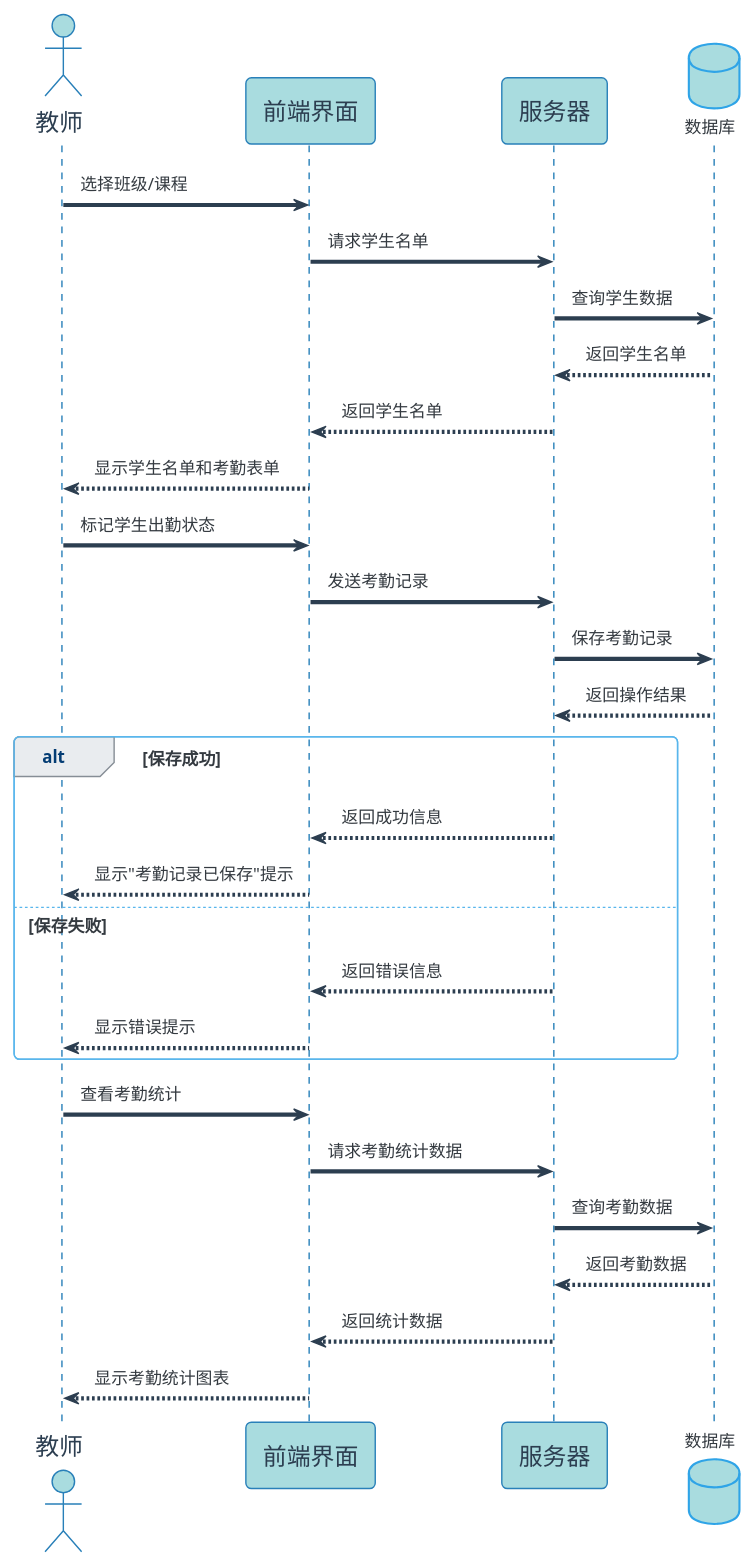
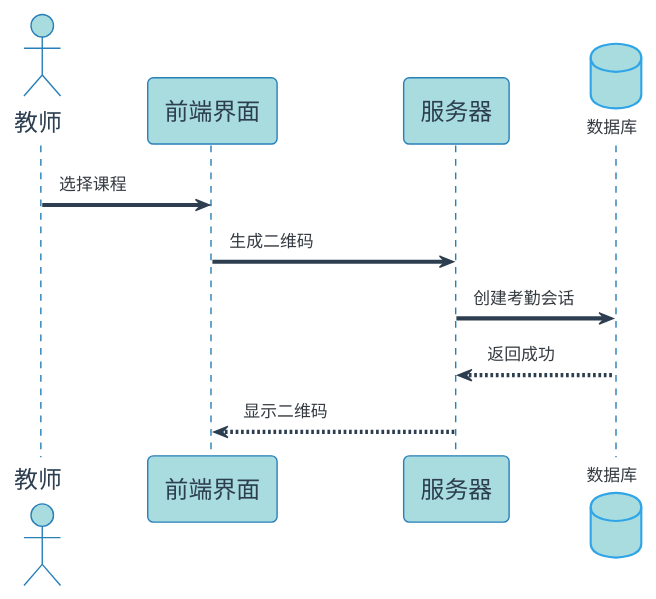
One commit to ybwlz/-git- changed the diagram in 顺序图文件/教师考勤记录.puml. Above: the diagram before and after it, drawn with PlantUML. The commit also changed 6 other files, not shown here.

```diff
--- a/顺序图文件/教师考勤记录.puml
+++ b/顺序图文件/教师考勤记录.puml
@@ -1,54 +1,33 @@
 @startuml
 !theme cerulean
 skinparam backgroundColor #FFFFFF
 skinparam sequence {
     ArrowColor #2C3E50
     ActorBorderColor #2980B9
     LifeLineBorderColor #2980B9
     LifeLineBackgroundColor #A9DCDF
     
     ParticipantBorderColor #2980B9
     ParticipantBackgroundColor #A9DCDF
     ParticipantFontName 微软雅黑
     ParticipantFontSize 17
     ParticipantFontColor #2C3E50
     
     ActorBackgroundColor #A9DCDF
     ActorFontColor #2C3E50
     ActorFontSize 17
     ActorFontName 微软雅黑
 }
 
 actor 教师 as Teacher
 participant "前端界面" as Frontend #A9DCDF
 participant "服务器" as Server #A9DCDF
 database "数据库" as DB #A9DCDF
 
-Teacher -> Frontend: 选择班级/课程
-Frontend -> Server: 请求学生名单
-Server -> DB: 查询学生数据
-DB --> Server: 返回学生名单
-Server --> Frontend: 返回学生名单
-Frontend --> Teacher: 显示学生名单和考勤表单
-
-Teacher -> Frontend: 标记学生出勤状态
-Frontend -> Server: 发送考勤记录
-Server -> DB: 保存考勤记录
-DB --> Server: 返回操作结果
-
-alt 保存成功
-    Server --> Frontend: 返回成功信息
-    Frontend --> Teacher: 显示"考勤记录已保存"提示
-else 保存失败
-    Server --> Frontend: 返回错误信息
-    Frontend --> Teacher: 显示错误提示
-end
-
-Teacher -> Frontend: 查看考勤统计
-Frontend -> Server: 请求考勤统计数据
-Server -> DB: 查询考勤数据
-DB --> Server: 返回考勤数据
-Server --> Frontend: 返回统计数据
-Frontend --> Teacher: 显示考勤统计图表
+Teacher -> Frontend: 选择课程
+Frontend -> Server: 生成二维码
+Server -> DB: 创建考勤会话
+DB --> Server: 返回成功
+Server --> Frontend: 显示二维码
 
 @enduml 
```
